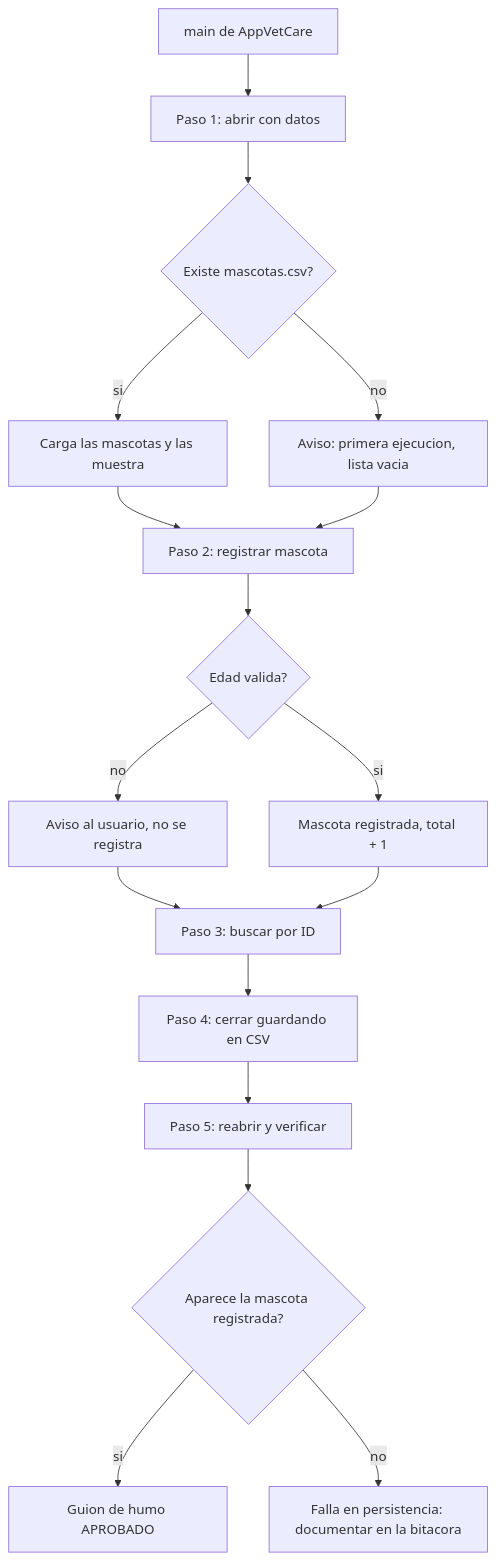
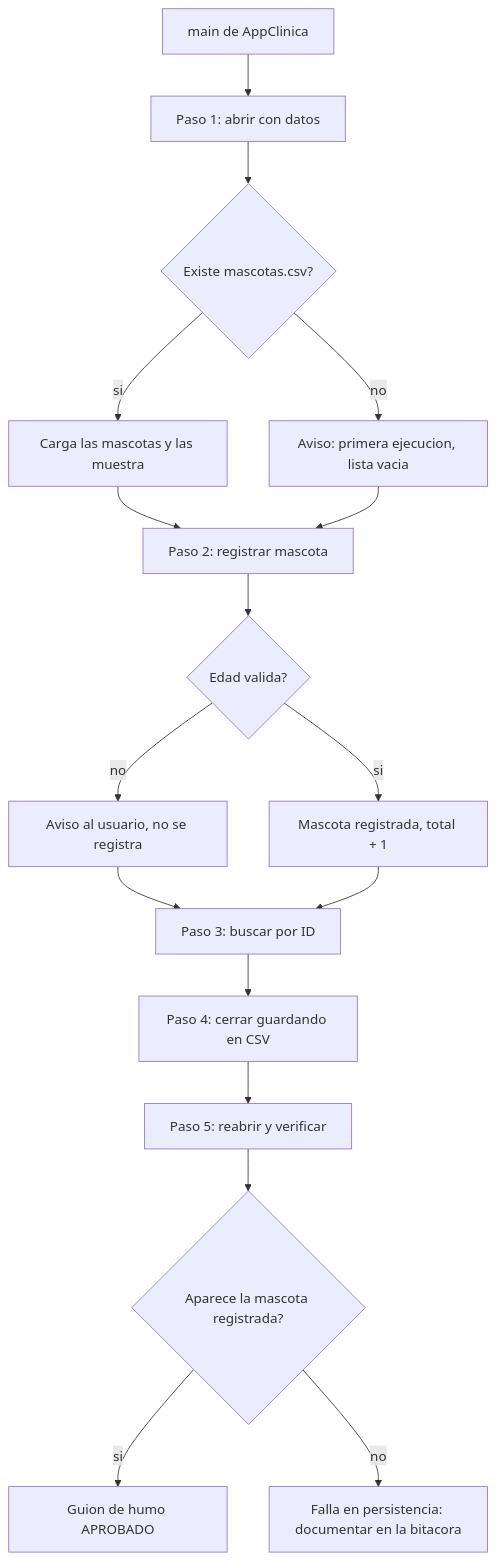
The diagram in Programacion II/Kit docente/Clase 12/Taller en ExamLab - Clase 12 (configuracion).md (AndresDFX/UNIAJ), drawn with Mermaid before and after one commit. The commit also changed other lines of this file and 218 other files, not shown here.

````diff
--- a/Programacion II/Kit docente/Clase 12/Taller en ExamLab - Clase 12 (configuracion).md
+++ b/Programacion II/Kit docente/Clase 12/Taller en ExamLab - Clase 12 (configuracion).md
@@ -436,19 +436,19 @@
 ```mermaid
 flowchart TD
-    A[main de AppVetCare] --> B[Paso 1: abrir con datos]
+    A[main de AppClinica] --> B[Paso 1: abrir con datos]
     B --> C{Existe mascotas.csv?}
     C -- si --> D[Carga las mascotas y las muestra]
     C -- no --> E[Aviso: primera ejecucion, lista vacia]
     D --> F[Paso 2: registrar mascota]
     E --> F
     F --> G{Edad valida?}
     G -- no --> H[Aviso al usuario, no se registra]
     G -- si --> I[Mascota registrada, total + 1]
     H --> J[Paso 3: buscar por ID]
     I --> J
     J --> K[Paso 4: cerrar guardando en CSV]
     K --> L[Paso 5: reabrir y verificar]
     L --> M{Aparece la mascota registrada?}
     M -- si --> N[Guion de humo APROBADO]
     M -- no --> O[Falla en persistencia: documentar en la bitacora]
 ```
````
